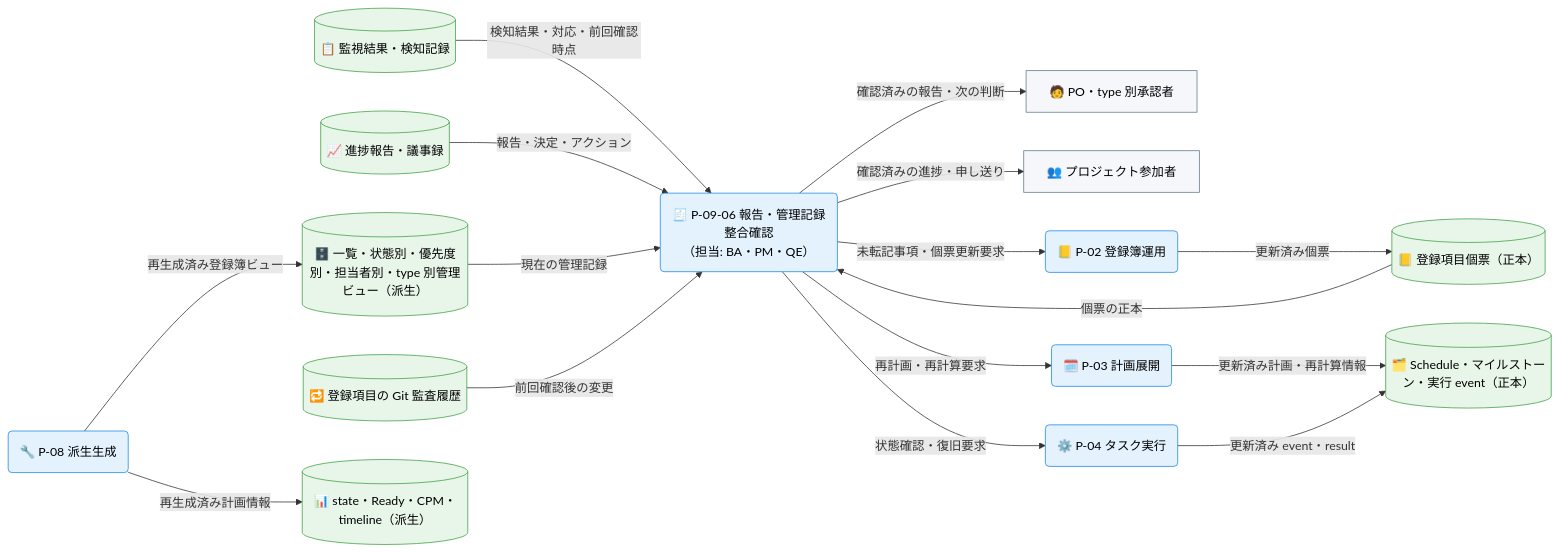
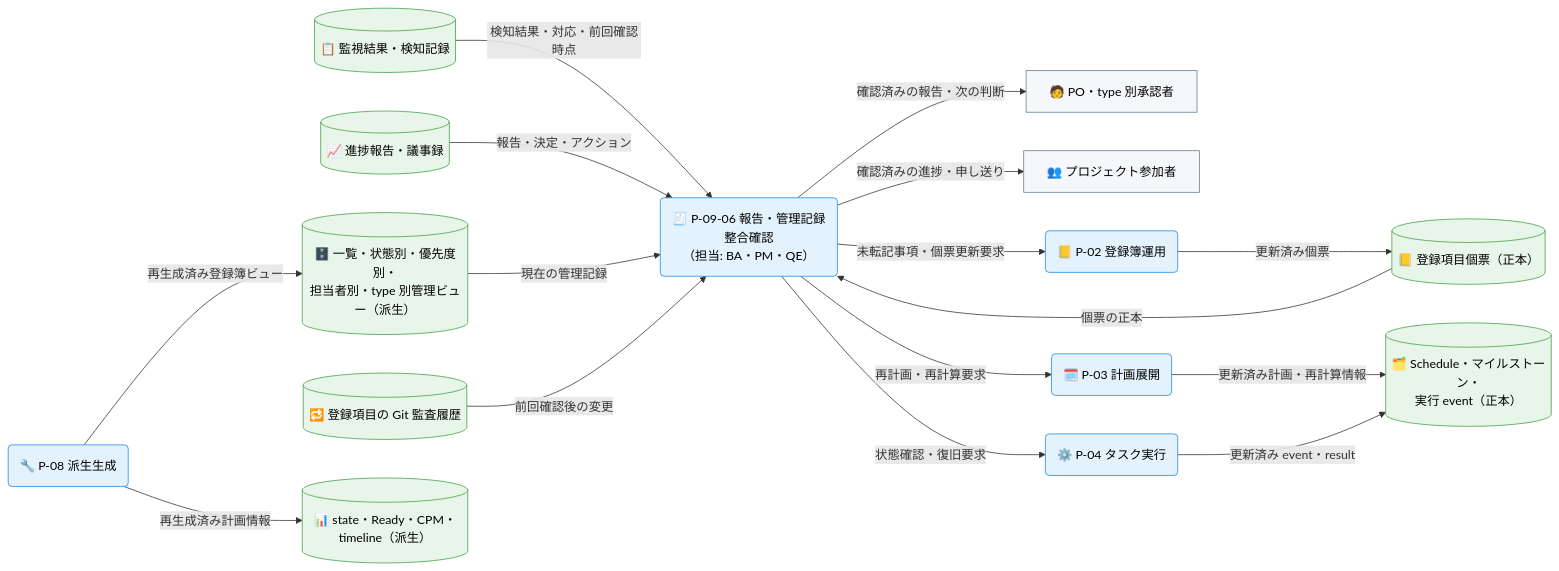
One commit to specdojo/specdojo changed the second of 3 diagrams in docs/ja/product/010-business-specs/010-data-flow/cdfd-reporting.md. Above: the diagram before and after it, drawn with Mermaid. The commit also changed other lines of this file, not shown here.

````diff
--- a/docs/ja/product/010-business-specs/010-data-flow/cdfd-reporting.md
+++ b/docs/ja/product/010-business-specs/010-data-flow/cdfd-reporting.md
@@ -143,46 +143,46 @@
 ```mermaid
 flowchart LR
   classDef process fill:#e3f2fd,stroke:#1e88e5,color:#000
   classDef store fill:#e8f5e9,stroke:#43a047,color:#000
   classDef actor fill:#f5f7fa,stroke:#607d8b,color:#000
 
   PO承認者["🧑 PO・type 別承認者"]
   プロジェクト参加者["👥 プロジェクト参加者"]
 
   報告管理記録整合確認("🧾 P-09-06 報告・管理記録整合確認<br>（担当: BA・PM・QE）")
 
   登録簿運用("📒 P-02 登録簿運用")
   計画展開("🗓️ P-03 計画展開")
   タスク実行("⚙️ P-04 タスク実行")
   派生生成("🔧 P-08 派生生成")
 
   監視結果[("📋 監視結果・検知記録")]
   報告記録[("📈 進捗報告・議事録")]
   登録項目個票[("📒 登録項目個票（正本）")]
-  登録簿管理ビュー[("🗄️ 一覧・状態別・優先度別・担当者別・type 別管理ビュー（派生）")]
+  登録簿管理ビュー[("🗄️ 一覧・状態別・優先度別・<br>担当者別・type 別管理ビュー（派生）")]
   Git監査履歴[("🔁 登録項目の Git 監査履歴")]
-  Schedule実行正本[("🗂️ Schedule・マイルストーン・実行 event（正本）")]
+  Schedule実行正本[("🗂️ Schedule・マイルストーン・<br>実行 event（正本）")]
   計画派生情報[("📊 state・Ready・CPM・timeline（派生）")]
 
   監視結果 -->|"検知結果・対応・前回確認時点"| 報告管理記録整合確認
   報告記録 -->|"報告・決定・アクション"| 報告管理記録整合確認
   登録項目個票 -->|"個票の正本"| 報告管理記録整合確認
   登録簿管理ビュー -->|"現在の管理記録"| 報告管理記録整合確認
   Git監査履歴 -->|"前回確認後の変更"| 報告管理記録整合確認
 
   報告管理記録整合確認 -->|"未転記事項・個票更新要求"| 登録簿運用
   報告管理記録整合確認 -->|"再計画・再計算要求"| 計画展開
   報告管理記録整合確認 -->|"状態確認・復旧要求"| タスク実行
   報告管理記録整合確認 -->|"確認済みの報告・次の判断"| PO承認者
   報告管理記録整合確認 -->|"確認済みの進捗・申し送り"| プロジェクト参加者
 
   派生生成 -->|"再生成済み計画情報"| 計画派生情報
   派生生成 -->|"再生成済み登録簿ビュー"| 登録簿管理ビュー
   登録簿運用 -->|"更新済み個票"| 登録項目個票
   計画展開 -->|"更新済み計画・再計算情報"| Schedule実行正本
   タスク実行 -->|"更新済み event・result"| Schedule実行正本
 
   class 報告管理記録整合確認,登録簿運用,計画展開,タスク実行,派生生成 process
   class 監視結果,報告記録,登録項目個票,登録簿管理ビュー,Git監査履歴,Schedule実行正本,計画派生情報 store
   class PO承認者,プロジェクト参加者 actor
 ```
````
